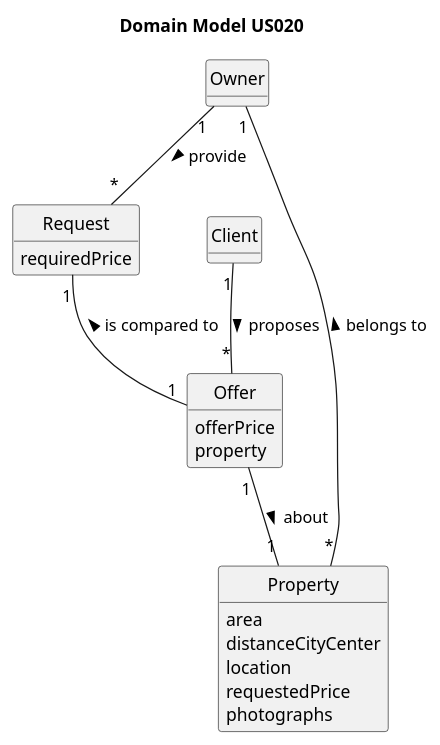
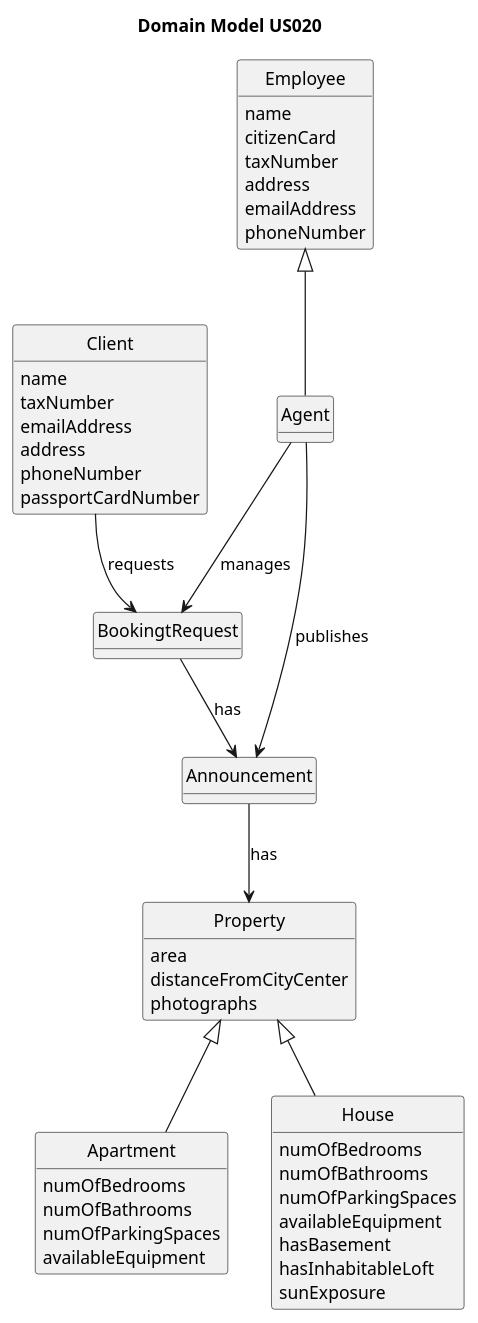
The diagram in docs/sprintD/us020/02.analysis/puml/us020-domain-model.puml (1220812/LAPR2), drawn with PlantUML before and after one commit. The commit also changed 4 other files, not shown here.

```diff
--- a/docs/sprintD/us020/02.analysis/puml/us020-domain-model.puml
+++ b/docs/sprintD/us020/02.analysis/puml/us020-domain-model.puml
@@ -1,40 +1,70 @@
 @startuml
 skinparam monochrome true
 skinparam packageStyle rectangle
 skinparam shadowing false
 
 'left to right direction
 
 skinparam classAttributeIconSize 0
 
 hide circle
 hide methods
 
 title Domain Model US020
 
-class Property {
+class Property{
     area
-    distanceCityCenter
-    location
-    requestedPrice
+    distanceFromCityCenter
     photographs
 }
 
-class Request {
-    requiredPrice
+class Agent{}
+
+class Client{
+    name
+    taxNumber
+    emailAddress
+    address
+    phoneNumber
+    passportCardNumber
 }
 
-class Offer {
-    offerPrice
-    property
+class Apartment{
+    numOfBedrooms
+    numOfBathrooms
+    numOfParkingSpaces
+    availableEquipment
 }
 
+class House{
+    numOfBedrooms
+    numOfBathrooms
+    numOfParkingSpaces
+    availableEquipment
+    hasBasement
+    hasInhabitableLoft
+    sunExposure
+}
 
-Owner "1" -- "*" Property : belongs to <
-Owner "1" -- "*" Request : provide >
+class Employee{
+    name
+    citizenCard
+    taxNumber
+    address
+    emailAddress
+    phoneNumber
+}
 
-Offer "1" -- "1" Property : about >
-Client "1" -- "*" Offer : proposes >
+class Announcement{}
 
-Offer "1" -up- "1" Request : is compared to >
+class BookingtRequest{}
+
+Agent-->Announcement: publishes
+Announcement --> Property:has
+BookingtRequest-->Announcement:has
+Agent--> BookingtRequest : manages
+Client --> BookingtRequest :requests
+Property <|-- Apartment
+Property <|-- House
+Employee <|-- Agent
 @enduml
```
